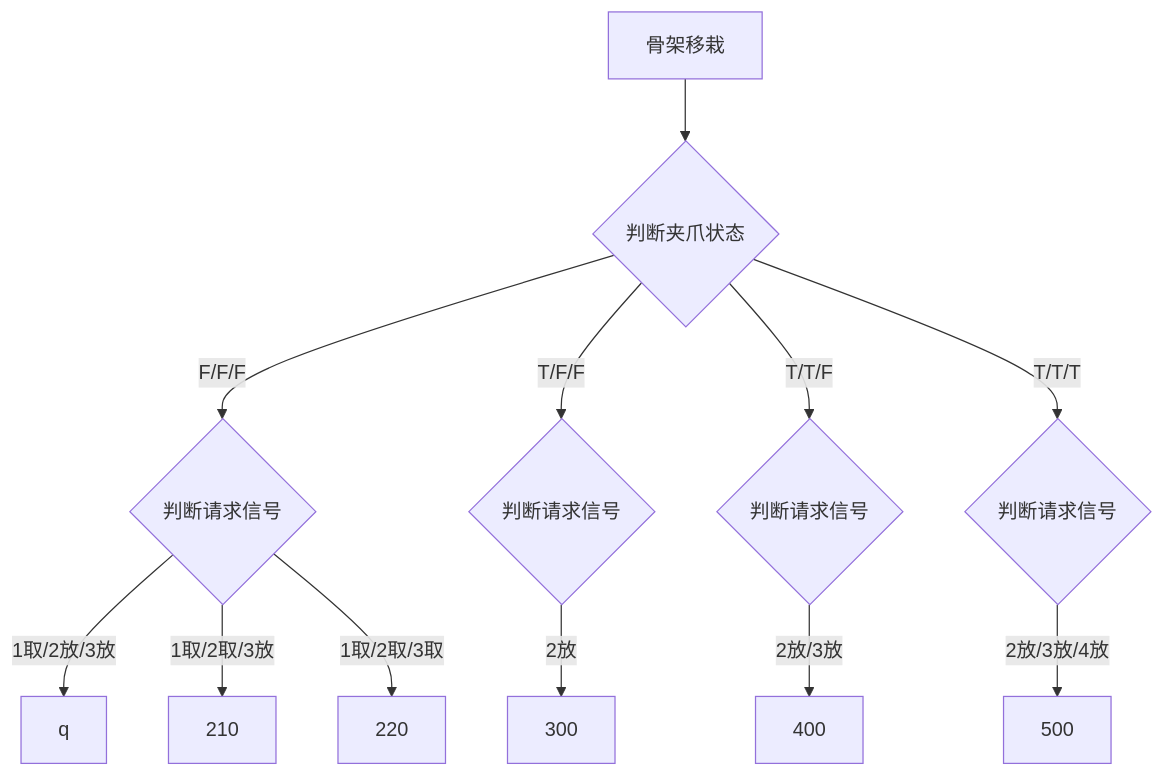
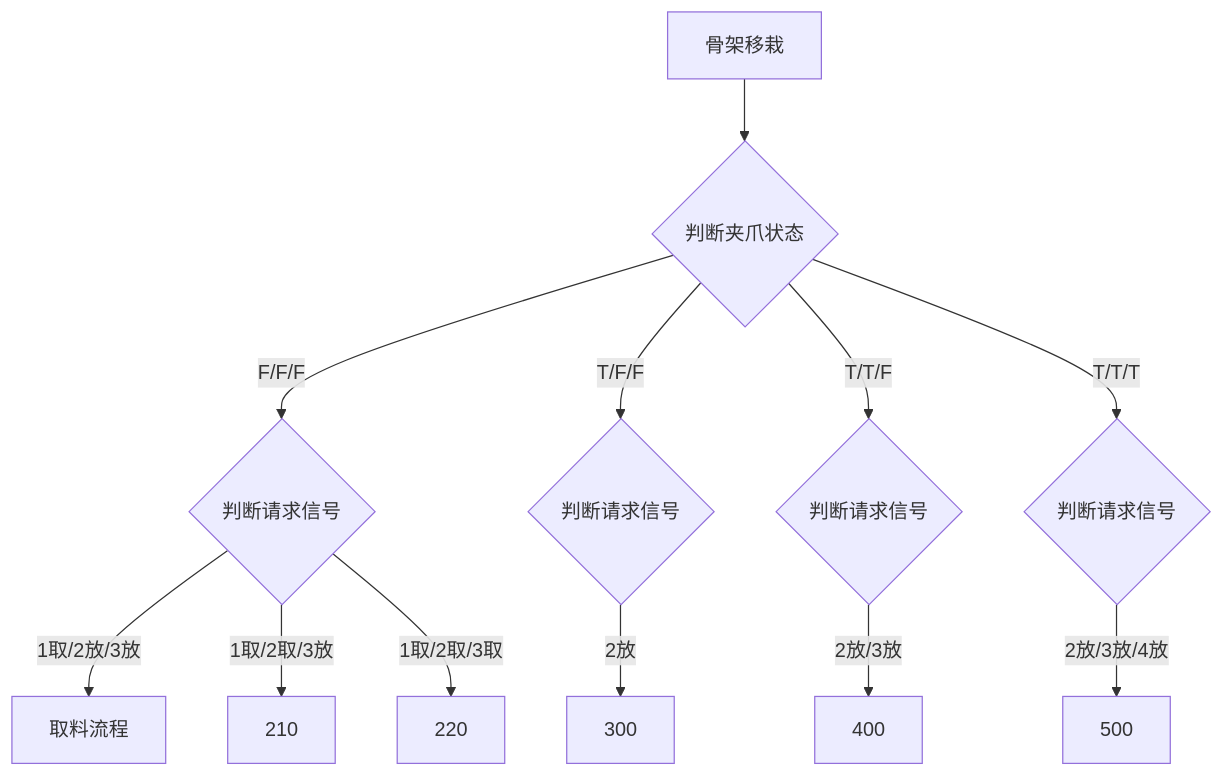
The diagram in all/VR-OP90骨架移栽1.md (zmq000/iodraw-files), drawn with Mermaid before and after one commit.

Commit message:
2026-06-18 16:23:54 update

````diff
--- a/all/VR-OP90骨架移栽1.md
+++ b/all/VR-OP90骨架移栽1.md
@@ -1,16 +1,16 @@
 ```mermaid
 graph TD
 0[骨架移栽]-->10
 10{判断夹爪状态}-->|F/F/F|20
 10-->|T/F/F|30
 10-->|T/T/F|40
 10-->|T/T/T|50
 
 20{判断请求信号}-->|1取/2放/3放|200
 20-->|1取/2取/3放|210
 20-->|1取/2取/3取|220
-200[q]
+200[取料流程]
 30{判断请求信号}-->|2放|300
 40{判断请求信号}-->|2放/3放|400
 50{判断请求信号}-->|2放/3放/4放|500
 ```
````
